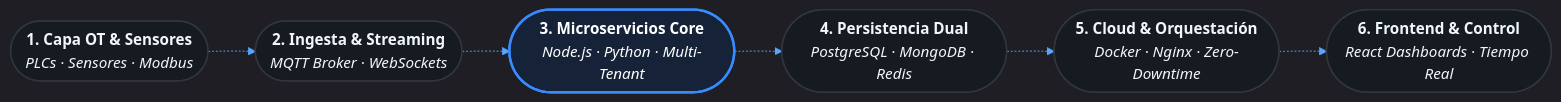
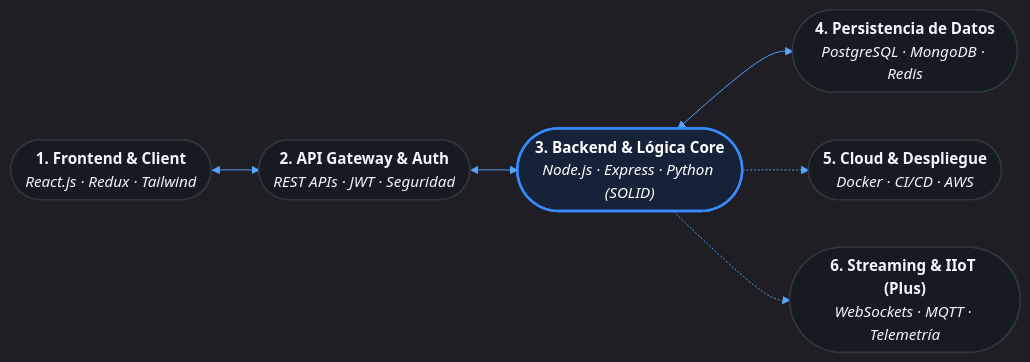
One commit to jahm1997/jahm1997 changed the diagram in README.md. Above: the diagram before and after it, drawn with Mermaid. The commit also changed other lines of this file, not shown here.

````diff
--- a/README.md
+++ b/README.md
@@ -53,13 +52,13 @@
 ```mermaid
 %%{init: {'theme': 'dark', 'themeVariables': { 'darkMode': true, 'background': '#0d1117', 'primaryColor': '#161b22', 'primaryTextColor': '#f0f6fc', 'primaryBorderColor': '#30363d', 'lineColor': '#58a6ff' }}}%%
 flowchart LR
-    A(["<b>1. Capa OT & Sensores</b><br/><i>PLCs · Sensores · Modbus</i>"]) -.-> B(["<b>2. Ingesta & Streaming</b><br/><i>MQTT Broker · WebSockets</i>"])
-    B -.-> C(["<b>3. Microservicios Core</b><br/><i>Node.js · Python · Multi-Tenant</i>"])
-    C -.-> D(["<b>4. Persistencia Dual</b><br/><i>PostgreSQL · MongoDB · Redis</i>"])
-    D -.-> E(["<b>5. Cloud & Orquestación</b><br/><i>Docker · Nginx · Zero-Downtime</i>"])
-    E -.-> F(["<b>6. Frontend & Control</b><br/><i>React Dashboards · Tiempo Real</i>"])
+    A(["<b>1. Frontend & Client</b><br/><i>React.js · Redux · Tailwind</i>"]) <--> B(["<b>2. API Gateway & Auth</b><br/><i>REST APIs · JWT · Seguridad</i>"])
+    B <--> C(["<b>3. Backend & Lógica Core</b><br/><i>Node.js · Express · Python (SOLID)</i>"])
+    C <--> D(["<b>4. Persistencia de Datos</b><br/><i>PostgreSQL · MongoDB · Redis</i>"])
+    C -.-> E(["<b>5. Cloud & Despliegue</b><br/><i>Docker · CI/CD · AWS</i>"])
+    C -.-> F(["<b>6. Streaming & IIoT (Plus)</b><br/><i>WebSockets · MQTT · Telemetría</i>"])
 
     classDef default fill:#161b22,stroke:#30363d,stroke-width:1.5px,color:#f0f6fc;
     classDef active fill:#152238,stroke:#388bfd,stroke-width:2.5px,color:#ffffff;
     class C active;
 ```
````
